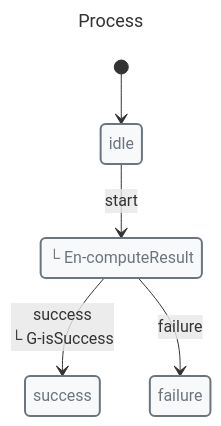
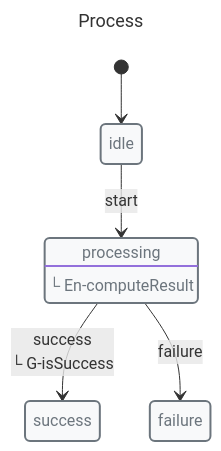
Before and after one commit to Masquerade-Circus/x-robot: the sixth of 6 diagrams in docs/guides/immediate-transitions.md, drawn with Mermaid. The commit also changed other lines of this file and 123 other files, not shown here.

Commit message:
refactor: improve mermaid code

````diff
--- a/docs/guides/immediate-transitions.md
+++ b/docs/guides/immediate-transitions.md
@@ -260,30 +260,31 @@
 ```mermaid
 ---
 title: Process
 ---
 
 stateDiagram-v2
+direction TB
 
 classDef danger fill:#f8d7da,stroke:#721c24,stroke-width:2px,text-align:left,color:#721c24
 classDef warning fill:#fff3cd,stroke:#856404,stroke-width:2px,text-align:left,color:#856404
 classDef success fill:#d4edda,stroke:#155724,stroke-width:2px,text-align:left,color:#155724
 classDef primary fill:#cce5ff,stroke:#004085,stroke-width:2px,text-align:left,color:#004085
 classDef info fill:#d1ecf1,stroke:#0c5460,stroke-width:2px,text-align:left,color:#0c5460
 classDef def fill:#f8f9fa,stroke:#6c757d,stroke-width:2px,text-align:left,color:#6c757d
 
-state idle
-state processing
-state success
-state failure
+state "idle" as idle
+state "processing" as processing
+state "success" as success
+state "failure" as failure
 class idle def
 class processing def
 class success def
 class failure def
 
 processing: └ En-computeResult
 
 [*] --> idle
 idle --> processing: start
 processing --> success: success<br>└ G-isSuccess
 processing --> failure: failure
 ```
````
